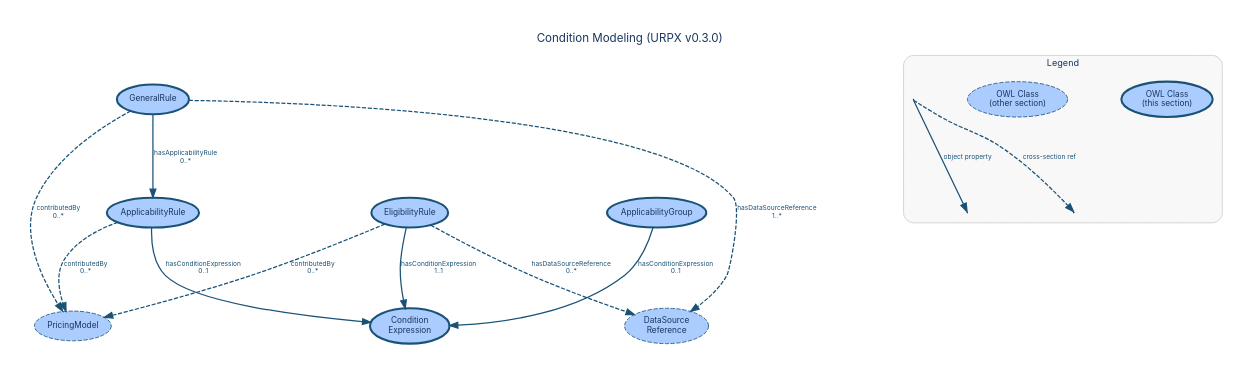
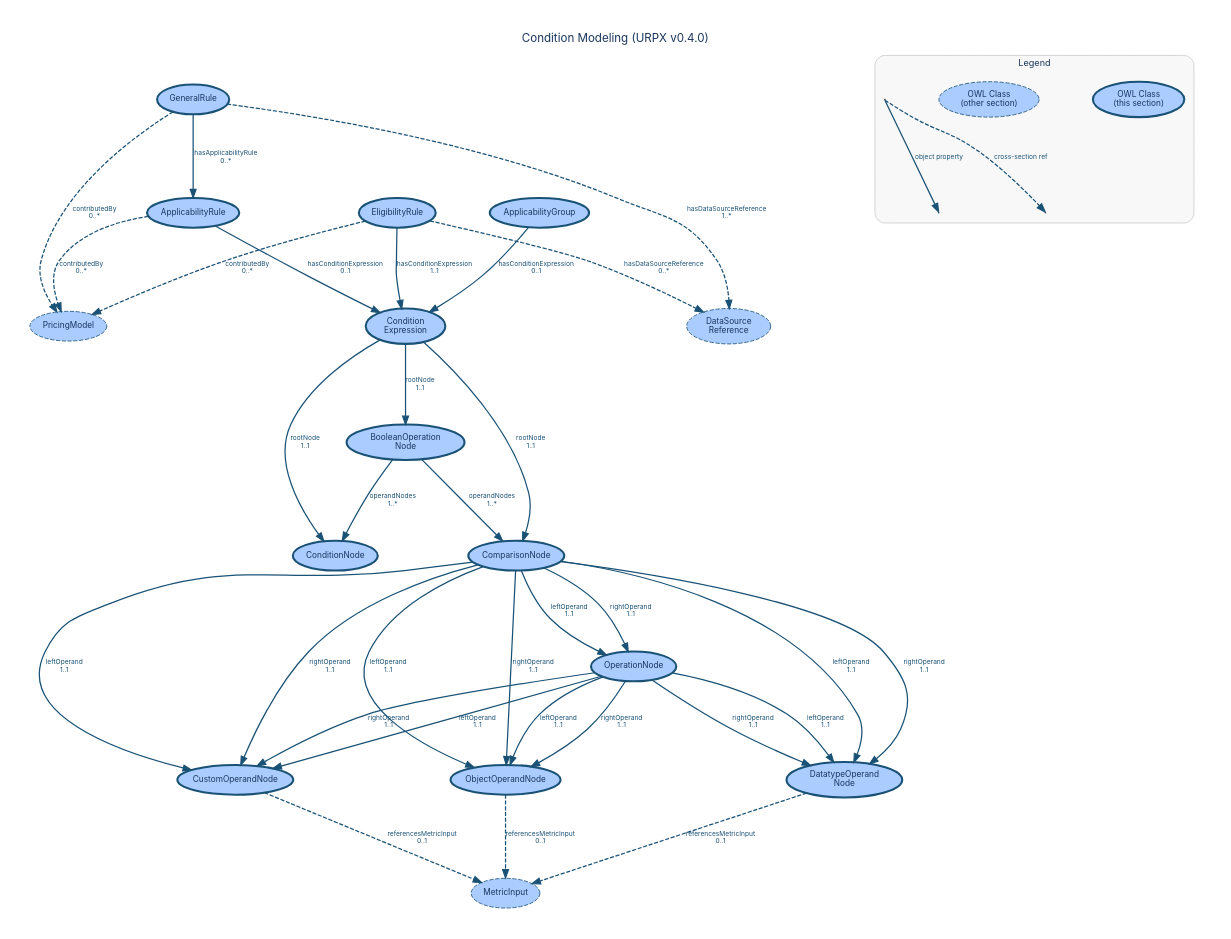
Before and after one commit to urpx-org/urpx: the diagram in documentation/diagrams/dictionary/condition-modeling.dot, drawn with Graphviz. The commit also changed 28 other files, not shown here.

```diff
--- a/documentation/diagrams/dictionary/condition-modeling.dot
+++ b/documentation/diagrams/dictionary/condition-modeling.dot
@@ -1,95 +1,193 @@
 digraph "Condition Modeling" {
     rankdir=TB;
     bgcolor="white";
     pad=0.4;
     nodesep=0.9;
     ranksep=1.1;
     start=42;
     fontname="Inter, Helvetica, Arial, sans-serif";
-    label="Condition Modeling (URPX v0.3.0)";
+    label="Condition Modeling (URPX v0.4.0)";
     labelloc="t";
     fontsize=14;
     fontcolor="#1a365d";
     node [fontname="Inter, Helvetica, Arial, sans-serif", fontsize=10, style=filled, fontcolor="#1a365d"];
     edge [fontname="Inter, Helvetica, Arial, sans-serif", fontsize=8, fontcolor="#1a365d"];
 
     // Section classes
     EligibilityRule [
         label="EligibilityRule"
         shape=ellipse, fillcolor="#aaccff", color="#1a5276", penwidth=2.5
     ];
     ApplicabilityRule [
         label="ApplicabilityRule"
         shape=ellipse, fillcolor="#aaccff", color="#1a5276", penwidth=2.5
     ];
     ApplicabilityGroup [
         label="ApplicabilityGroup"
         shape=ellipse, fillcolor="#aaccff", color="#1a5276", penwidth=2.5
     ];
     ConditionExpression [
         label="Condition\nExpression"
         shape=ellipse, fillcolor="#aaccff", color="#1a5276", penwidth=2.5
     ];
+    ConditionNode [
+        label="ConditionNode"
+        shape=ellipse, fillcolor="#aaccff", color="#1a5276", penwidth=2.5
+    ];
+    BooleanOperationNode [
+        label="BooleanOperation\nNode"
+        shape=ellipse, fillcolor="#aaccff", color="#1a5276", penwidth=2.5
+    ];
+    ComparisonNode [
+        label="ComparisonNode"
+        shape=ellipse, fillcolor="#aaccff", color="#1a5276", penwidth=2.5
+    ];
+    OperationNode [
+        label="OperationNode"
+        shape=ellipse, fillcolor="#aaccff", color="#1a5276", penwidth=2.5
+    ];
+    CustomOperandNode [
+        label="CustomOperandNode"
+        shape=ellipse, fillcolor="#aaccff", color="#1a5276", penwidth=2.5
+    ];
+    DatatypeOperandNode [
+        label="DatatypeOperand\nNode"
+        shape=ellipse, fillcolor="#aaccff", color="#1a5276", penwidth=2.5
+    ];
+    ObjectOperandNode [
+        label="ObjectOperandNode"
+        shape=ellipse, fillcolor="#aaccff", color="#1a5276", penwidth=2.5
+    ];
     GeneralRule [
         label="GeneralRule"
         shape=ellipse, fillcolor="#aaccff", color="#1a5276", penwidth=2.5
     ];
 
     // Cross-section references
     DataSourceReference [
         label="DataSource\nReference"
+        shape=ellipse, fillcolor="#aaccff", color="#1a5276", penwidth=1, style="filled,dashed"
+    ];
+    MetricInput [
+        label="MetricInput"
         shape=ellipse, fillcolor="#aaccff", color="#1a5276", penwidth=1, style="filled,dashed"
     ];
     PricingModel [
         label="PricingModel"
         shape=ellipse, fillcolor="#aaccff", color="#1a5276", penwidth=1, style="filled,dashed"
     ];
 
     // Object property edges
     EligibilityRule -> PricingModel [
         label="contributedBy\n0..*", style=dashed, color="#1a5276", fontcolor="#1a5276", penwidth=1.5
     ];
     EligibilityRule -> ConditionExpression [
         label="hasConditionExpression\n1..1", color="#1a5276", fontcolor="#1a5276", penwidth=1.5
     ];
     EligibilityRule -> DataSourceReference [
         label="hasDataSourceReference\n0..*", style=dashed, color="#1a5276", fontcolor="#1a5276", penwidth=1.5
     ];
     ApplicabilityRule -> PricingModel [
         label="contributedBy\n0..*", style=dashed, color="#1a5276", fontcolor="#1a5276", penwidth=1.5
     ];
     ApplicabilityRule -> ConditionExpression [
         label="hasConditionExpression\n0..1", color="#1a5276", fontcolor="#1a5276", penwidth=1.5
     ];
     ApplicabilityGroup -> ConditionExpression [
         label="hasConditionExpression\n0..1", color="#1a5276", fontcolor="#1a5276", penwidth=1.5
+    ];
+    ConditionExpression -> ConditionNode [
+        label="rootNode\n1..1", color="#1a5276", fontcolor="#1a5276", penwidth=1.5
+    ];
+    ConditionExpression -> ComparisonNode [
+        label="rootNode\n1..1", color="#1a5276", fontcolor="#1a5276", penwidth=1.5
+    ];
+    ConditionExpression -> BooleanOperationNode [
+        label="rootNode\n1..1", color="#1a5276", fontcolor="#1a5276", penwidth=1.5
+    ];
+    BooleanOperationNode -> ConditionNode [
+        label="operandNodes\n1..*", color="#1a5276", fontcolor="#1a5276", penwidth=1.5
+    ];
+    BooleanOperationNode -> ComparisonNode [
+        label="operandNodes\n1..*", color="#1a5276", fontcolor="#1a5276", penwidth=1.5
+    ];
+    ComparisonNode -> DatatypeOperandNode [
+        label="leftOperand\n1..1", color="#1a5276", fontcolor="#1a5276", penwidth=1.5
+    ];
+    ComparisonNode -> ObjectOperandNode [
+        label="leftOperand\n1..1", color="#1a5276", fontcolor="#1a5276", penwidth=1.5
+    ];
+    ComparisonNode -> CustomOperandNode [
+        label="leftOperand\n1..1", color="#1a5276", fontcolor="#1a5276", penwidth=1.5
+    ];
+    ComparisonNode -> OperationNode [
+        label="leftOperand\n1..1", color="#1a5276", fontcolor="#1a5276", penwidth=1.5
+    ];
+    ComparisonNode -> DatatypeOperandNode [
+        label="rightOperand\n1..1", color="#1a5276", fontcolor="#1a5276", penwidth=1.5
+    ];
+    ComparisonNode -> ObjectOperandNode [
+        label="rightOperand\n1..1", color="#1a5276", fontcolor="#1a5276", penwidth=1.5
+    ];
+    ComparisonNode -> CustomOperandNode [
+        label="rightOperand\n1..1", color="#1a5276", fontcolor="#1a5276", penwidth=1.5
+    ];
+    ComparisonNode -> OperationNode [
+        label="rightOperand\n1..1", color="#1a5276", fontcolor="#1a5276", penwidth=1.5
+    ];
+    OperationNode -> DatatypeOperandNode [
+        label="leftOperand\n1..1", color="#1a5276", fontcolor="#1a5276", penwidth=1.5
+    ];
+    OperationNode -> ObjectOperandNode [
+        label="leftOperand\n1..1", color="#1a5276", fontcolor="#1a5276", penwidth=1.5
+    ];
+    OperationNode -> CustomOperandNode [
+        label="leftOperand\n1..1", color="#1a5276", fontcolor="#1a5276", penwidth=1.5
+    ];
+    OperationNode -> DatatypeOperandNode [
+        label="rightOperand\n1..1", color="#1a5276", fontcolor="#1a5276", penwidth=1.5
+    ];
+    OperationNode -> ObjectOperandNode [
+        label="rightOperand\n1..1", color="#1a5276", fontcolor="#1a5276", penwidth=1.5
+    ];
+    OperationNode -> CustomOperandNode [
+        label="rightOperand\n1..1", color="#1a5276", fontcolor="#1a5276", penwidth=1.5
+    ];
+    CustomOperandNode -> MetricInput [
+        label="referencesMetricInput\n0..1", style=dashed, color="#1a5276", fontcolor="#1a5276", penwidth=1.5
+    ];
+    DatatypeOperandNode -> MetricInput [
+        label="referencesMetricInput\n0..1", style=dashed, color="#1a5276", fontcolor="#1a5276", penwidth=1.5
+    ];
+    ObjectOperandNode -> MetricInput [
+        label="referencesMetricInput\n0..1", style=dashed, color="#1a5276", fontcolor="#1a5276", penwidth=1.5
     ];
     GeneralRule -> PricingModel [
         label="contributedBy\n0..*", style=dashed, color="#1a5276", fontcolor="#1a5276", penwidth=1.5
     ];
     GeneralRule -> ApplicabilityRule [
         label="hasApplicabilityRule\n0..*", color="#1a5276", fontcolor="#1a5276", penwidth=1.5
     ];
     GeneralRule -> DataSourceReference [
         label="hasDataSourceReference\n1..*", style=dashed, color="#1a5276", fontcolor="#1a5276", penwidth=1.5
     ];
 
     subgraph cluster_legend {
         label="Legend";
         fontname="Inter, Helvetica, Arial, sans-serif";
         fontsize=11;
         fontcolor="#1a365d";
         style=rounded;
         color="#cccccc";
         bgcolor="#f8f8f8";
         margin=12;
 
         leg_class [label="OWL Class\n(this section)", shape=ellipse, fillcolor="#aaccff", color="#1a5276", penwidth=2.5];
         leg_xref [label="OWL Class\n(other section)", shape=ellipse, fillcolor="#aaccff", color="#1a5276", penwidth=1, style="filled,dashed"];
         leg_src [label=" ", shape=point, width=0.01];
         leg_tgt1 [label=" ", shape=point, width=0.01];
         leg_src -> leg_tgt1 [label="object property", color="#1a5276", fontcolor="#1a5276", penwidth=1.5];
         leg_tgt2 [label=" ", shape=point, width=0.01];
         leg_src -> leg_tgt2 [label="cross-section ref", style=dashed, color="#1a5276", fontcolor="#1a5276", penwidth=1.5];
     }
 }
```
